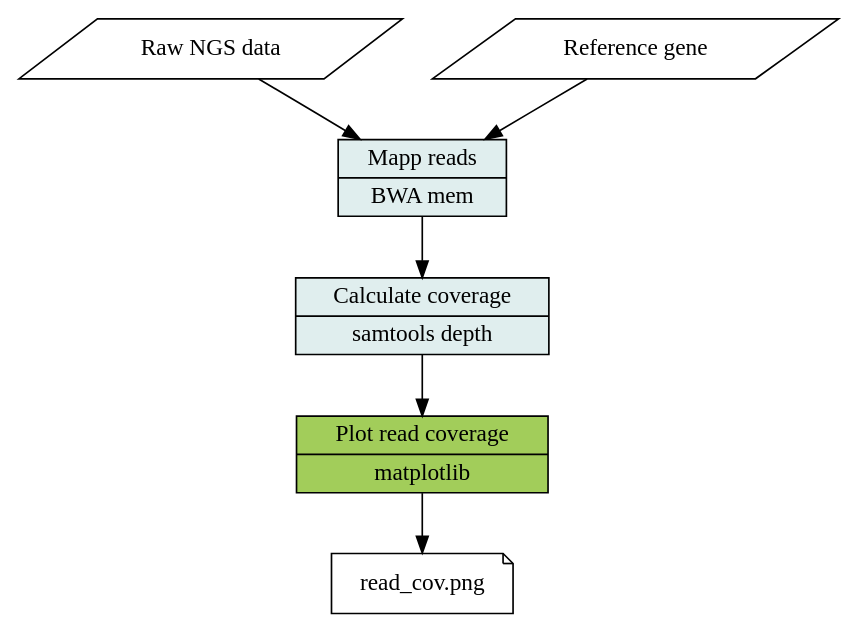
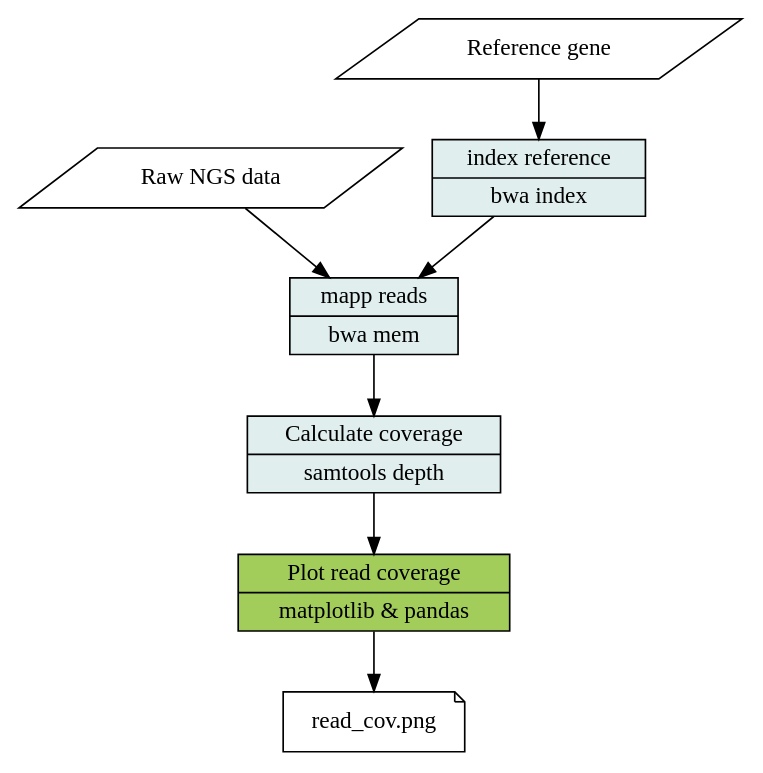
The diagram in README.org (mhkc/reproducible-bioinformatics-lecture), drawn with Graphviz before and after one commit. The commit also changed other lines of this file and 1 other file, not shown here.

```diff
--- a/README.org
+++ b/README.org
@@ -14,16 +18,17 @@
 #+BEGIN_SRC dot :file ./img/pipeline_overview.png :cmdline -Kdot -Tpng :results file
     digraph G {
       size="12,10"
       ratio=autor
 
       fq_data -> mapping -> depth -> plot -> result;
-      fa_data -> mapping;
+      fa_data -> index -> mapping;
 
       fq_data [shape=parallelogram, label="Raw NGS data"]
       fa_data [shape=parallelogram, label="Reference gene"]
-      mapping [style=filled, fillcolor=azure2, shape=record, label="{ Mapp reads|BWA mem}"]
+      index [style=filled, fillcolor=azure2, shape=record, label="{ index reference|bwa index}"]
+      mapping [style=filled, fillcolor=azure2, shape=record, label="{ mapp reads|bwa mem}"]
       depth [style=filled, fillcolor=azure2, shape=record, label="{ Calculate coverage|samtools depth }"]
-      plot [style=filled, fillcolor=darkolivegreen3, shape=record, label="{ Plot read coverage|matplotlib }"]
+      plot [style=filled, fillcolor=darkolivegreen3, shape=record, label="{ Plot read coverage|matplotlib & pandas }"]
       result [shape=note, label="read_cov.png"]
     }
 #+END_SRC
```
